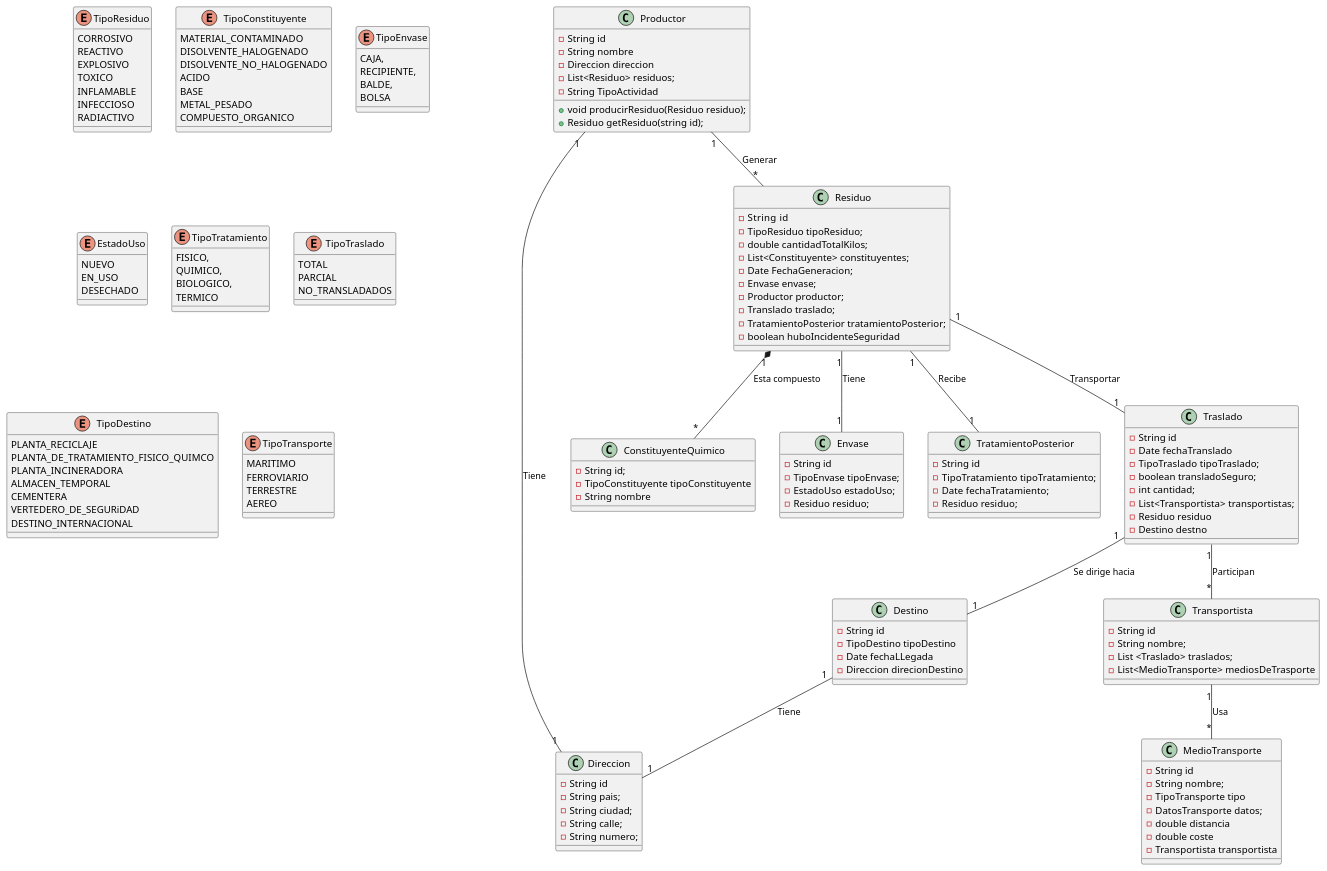
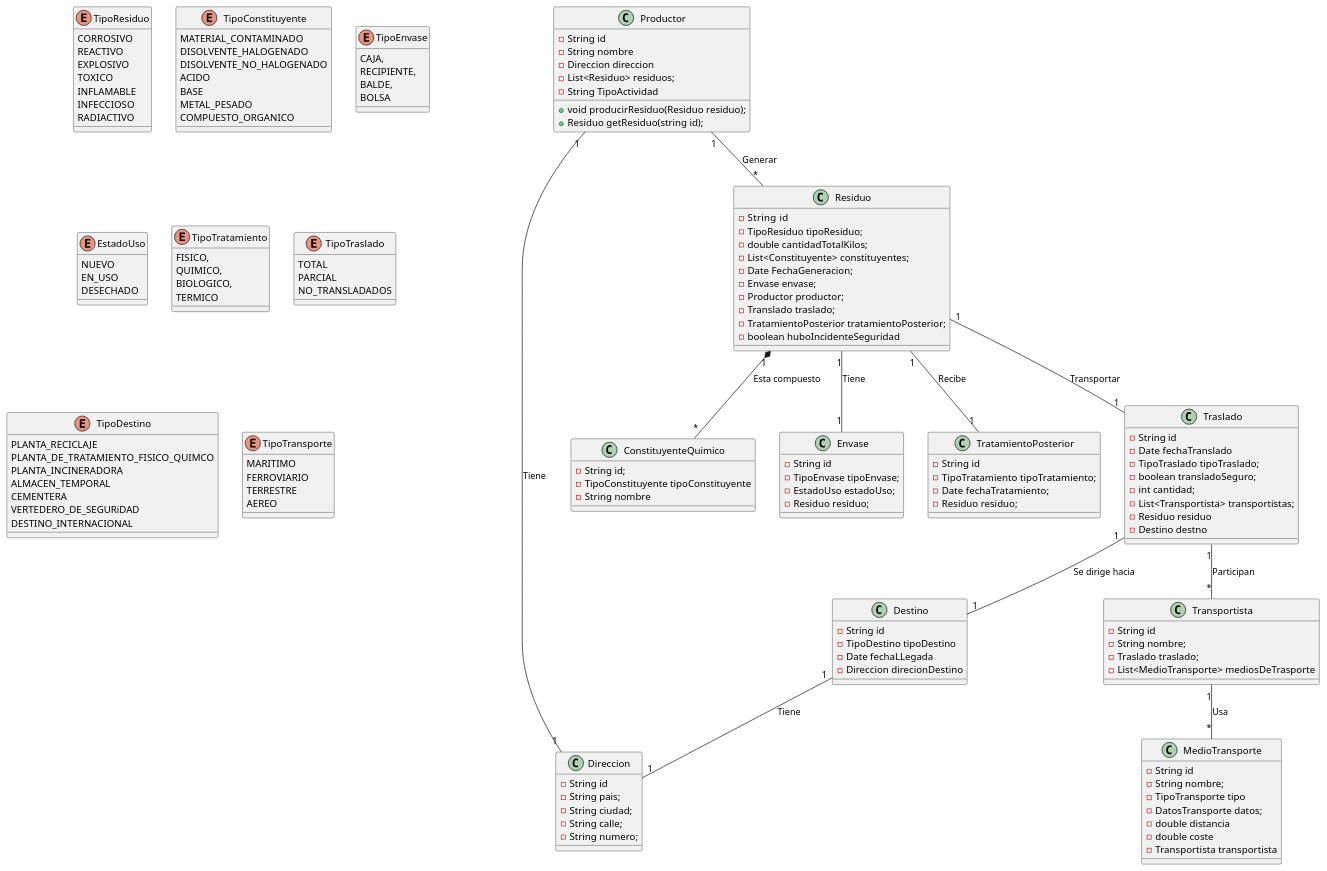
The diagram in src/jdesechosfabrica/Documentacion/Diagrama_de_clases_conceptual.puml (Blackaringo/JDesechosFabrica), drawn with PlantUML before and after one commit. The commit also changed 2 other files, not shown here.

Commit message:
rellenada la clase traslado y creada la relacion traslado residuo, modificado diagrama clases

```diff
--- a/src/jdesechosfabrica/Documentacion/Diagrama_de_clases_conceptual.puml
+++ b/src/jdesechosfabrica/Documentacion/Diagrama_de_clases_conceptual.puml
@@ -1,162 +1,162 @@
 @startuml
 class Productor{
     - String id
     - String nombre
     - Direccion direccion
     - List<Residuo> residuos;
     - String TipoActividad
     
     + void producirResiduo(Residuo residuo);
     + Residuo getResiduo(string id); 
 }
 
 class Direccion{
     - String id
     - String pais;
     - String ciudad;
     - String calle;
     - String numero;
 }
 
 enum TipoResiduo{
     CORROSIVO
     REACTIVO
     EXPLOSIVO
     TOXICO
     INFLAMABLE
     INFECCIOSO
     RADIACTIVO
 }
 
 class Residuo{
     - String  id
     - TipoResiduo tipoResiduo;
     - double cantidadTotalKilos;
     - List<Constituyente> constituyentes;
     - Date FechaGeneracion;
     - Envase envase;
     - Productor productor;
     - Translado traslado;
     - TratamientoPosterior tratamientoPosterior;
     - boolean huboIncidenteSeguridad
 }
 enum TipoConstituyente{
     MATERIAL_CONTAMINADO
     DISOLVENTE_HALOGENADO
     DISOLVENTE_NO_HALOGENADO
     ACIDO
     BASE
     METAL_PESADO
     COMPUESTO_ORGANICO
 }
 
 
 class ConstituyenteQuimico{
     - String id;
     - TipoConstituyente tipoConstituyente
     - String nombre
 }
 
 enum TipoEnvase{
     CAJA,
     RECIPIENTE,
     BALDE,
     BOLSA
 }
 
 enum EstadoUso{
     NUEVO
     EN_USO
     DESECHADO
 }
 
 class Envase{
     - String id
     - TipoEnvase tipoEnvase;
     - EstadoUso estadoUso;
     - Residuo residuo;
 }
 
 class Transportista{
     - String id
     - String nombre;
-    - List <Traslado> traslados;
+    - Traslado traslado;
     - List<MedioTransporte> mediosDeTrasporte
 }
 
 enum TipoTratamiento{
     FISICO,
     QUIMICO,
     BIOLOGICO,
     TERMICO
 }
 
 class TratamientoPosterior{
     - String id
     - TipoTratamiento tipoTratamiento;
     - Date fechaTratamiento;
     - Residuo residuo;
 }
 
 enum TipoTraslado{
 TOTAL
 PARCIAL
 NO_TRANSLADADOS
 }
 
 class Traslado{
     - String id
     - Date fechaTranslado
     - TipoTraslado tipoTraslado;
     - boolean transladoSeguro;
     - int cantidad;
     - List<Transportista> transportistas;
     - Residuo residuo
     - Destino destno
 }
 
 enum TipoDestino {
   PLANTA_RECICLAJE
   PLANTA_DE_TRATAMIENTO_FISICO_QUIMCO
   PLANTA_INCINERADORA
   ALMACEN_TEMPORAL
   CEMENTERA
   VERTEDERO_DE_SEGURiDAD
   DESTINO_INTERNACIONAL
 }
 
 class Destino{
     - String id
     - TipoDestino tipoDestino
     - Date fechaLLegada
     - Direccion direcionDestino
 }
 
 enum TipoTransporte {
     MARITIMO
     FERROVIARIO
     TERRESTRE
     AEREO
 }
 
 class MedioTransporte{
     - String id
     - String nombre;
     - TipoTransporte tipo
     - DatosTransporte datos;
     - double distancia
     - double coste 
     - Transportista transportista
 }
 
 Productor "1" -- "*" Residuo : Generar
 Residuo "1" -- "1" Traslado : Transportar
 Traslado "1" -- "*" Transportista : Participan
 Transportista "1" -- "*" MedioTransporte : Usa
 Residuo "1"  *-- "*" ConstituyenteQuimico : Esta compuesto
 Residuo "1" -- "1" Envase : Tiene
 Residuo "1" -- "1" TratamientoPosterior : Recibe 
 Productor "1" -- "1" Direccion : Tiene 
 Traslado "1" -- "1" Destino : Se dirige hacia
 Destino "1" -- "1" Direccion : Tiene
 @enduml
```
